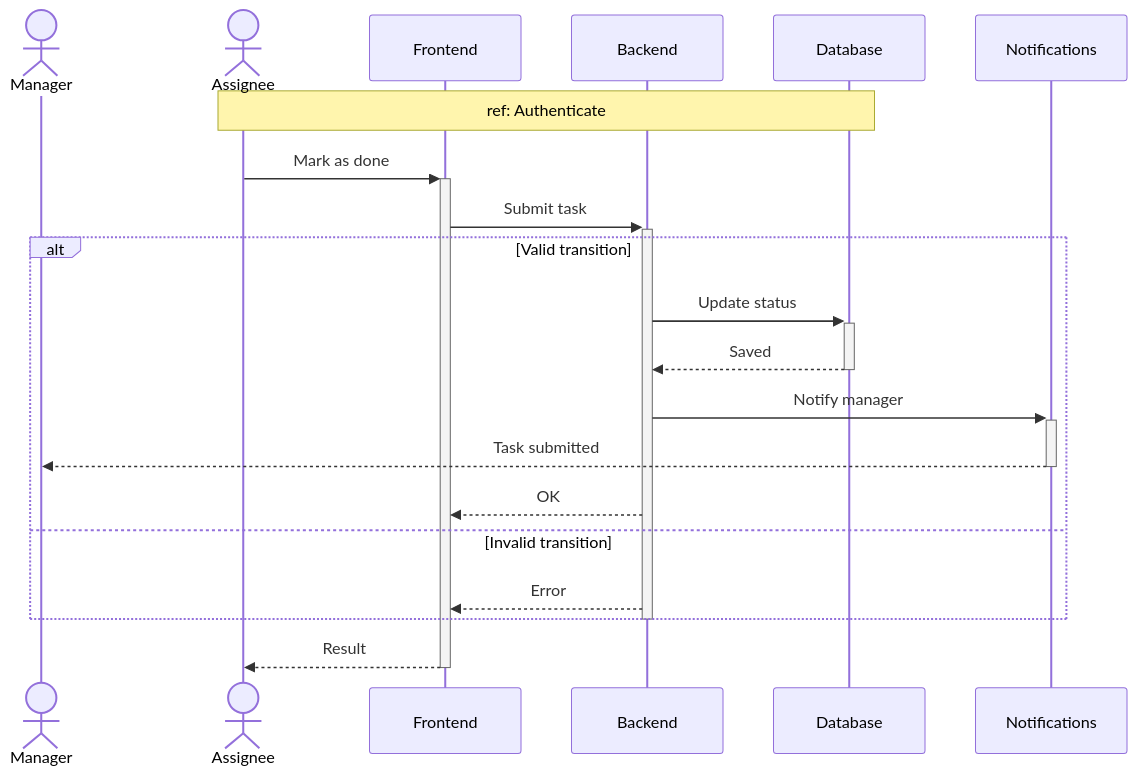
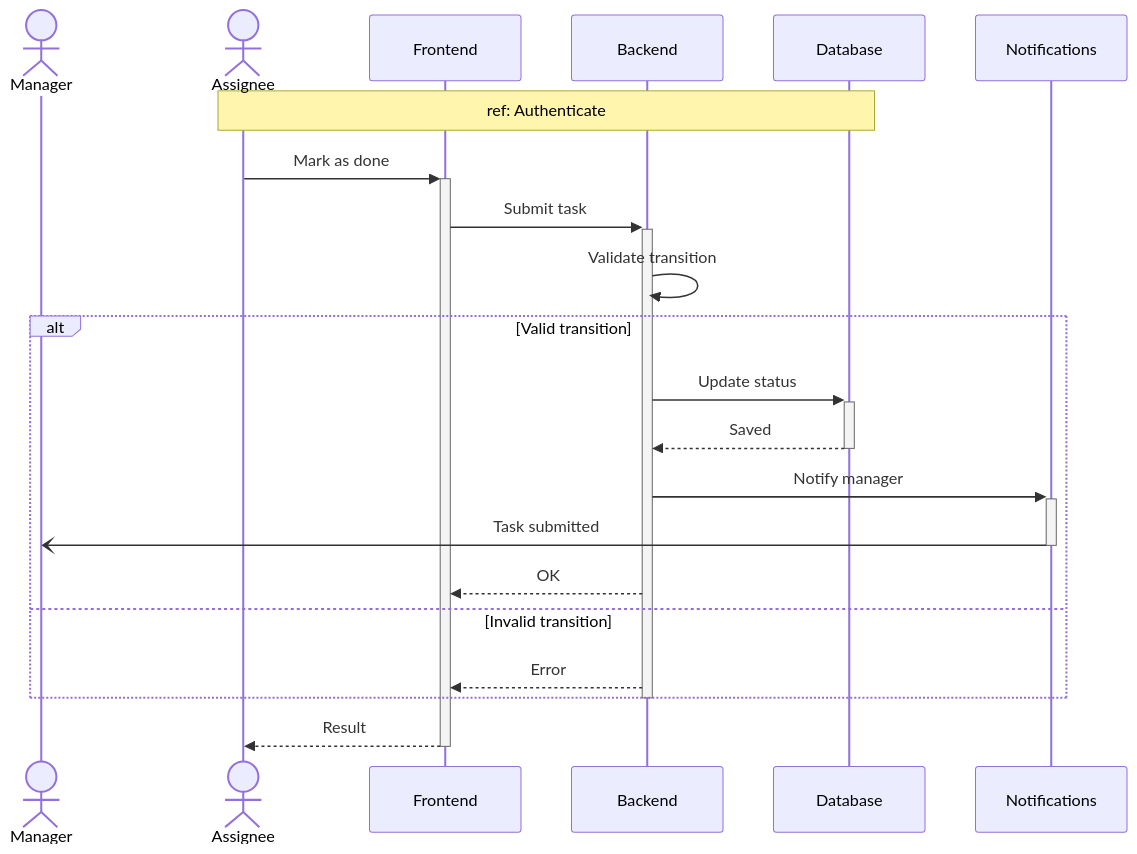
Diagram 12 of 16 in docs/SEQUENCE_DIAGRAMS.md (MohamedChebbi123/teamnest), drawn with Mermaid before and after one commit. The commit also changed other lines of this file, not shown here.

````diff
--- a/docs/SEQUENCE_DIAGRAMS.md
+++ b/docs/SEQUENCE_DIAGRAMS.md
@@ -469,25 +471,27 @@
 ```mermaid
 sequenceDiagram
     actor Manager
     actor Assignee
     participant FE as Frontend
     participant API as Backend
     participant DB as Database
     participant Notif as Notifications
 
     Note over Assignee,DB: ref: Authenticate
 
     Assignee->>+FE: Mark as done
     FE->>+API: Submit task
+    API->>API: Validate transition
     alt Valid transition
         API->>+DB: Update status
         DB-->>-API: Saved
         API->>+Notif: Notify manager
-        Notif-->>-Manager: Task submitted
+        Notif-)Manager: Task submitted
+        deactivate Notif
         API-->>FE: OK
     else Invalid transition
         API-->>FE: Error
     end
     deactivate API
     FE-->>-Assignee: Result
 ```
````
